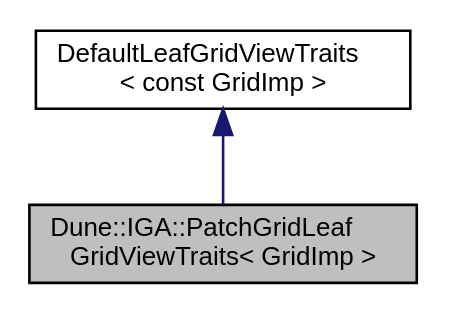
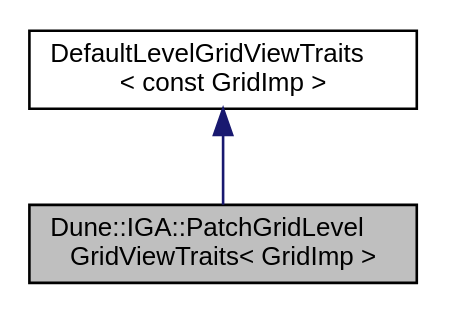
Before and after one commit to rath3t/dune-iga-doc: the diagram in d7/d73/a01266.dot, drawn with Graphviz. The commit also changed 1366 other files, not shown here.

Commit message:
deploy: rath3t/dune-iga@969adfa9f2f619d4a726f631c2d194354445b194

```diff
--- a/d7/d73/a01266.dot
+++ b/d7/d73/a01266.dot
@@ -1,9 +1,9 @@
-digraph "Dune::IGA::PatchGridLeafGridViewTraits&lt; GridImp &gt;"
+digraph "Dune::IGA::PatchGridLevelGridViewTraits&lt; GridImp &gt;"
 {
  // LATEX_PDF_SIZE
   edge [fontname="Helvetica",fontsize="10",labelfontname="Helvetica",labelfontsize="10"];
   node [fontname="Helvetica",fontsize="10",shape=record];
-  Node1 [label="Dune::IGA::PatchGridLeaf\lGridViewTraits\< GridImp \>",height=0.2,width=0.4,color="black", fillcolor="grey75", style="filled", fontcolor="black",tooltip=" "];
+  Node1 [label="Dune::IGA::PatchGridLevel\lGridViewTraits\< GridImp \>",height=0.2,width=0.4,color="black", fillcolor="grey75", style="filled", fontcolor="black",tooltip=" "];
   Node2 -> Node1 [dir="back",color="midnightblue",fontsize="10",style="solid",fontname="Helvetica"];
-  Node2 [label="DefaultLeafGridViewTraits\l\< const GridImp \>",height=0.2,width=0.4,color="black", fillcolor="white", style="filled",tooltip=" "];
+  Node2 [label="DefaultLevelGridViewTraits\l\< const GridImp \>",height=0.2,width=0.4,color="black", fillcolor="white", style="filled",tooltip=" "];
 }
```
